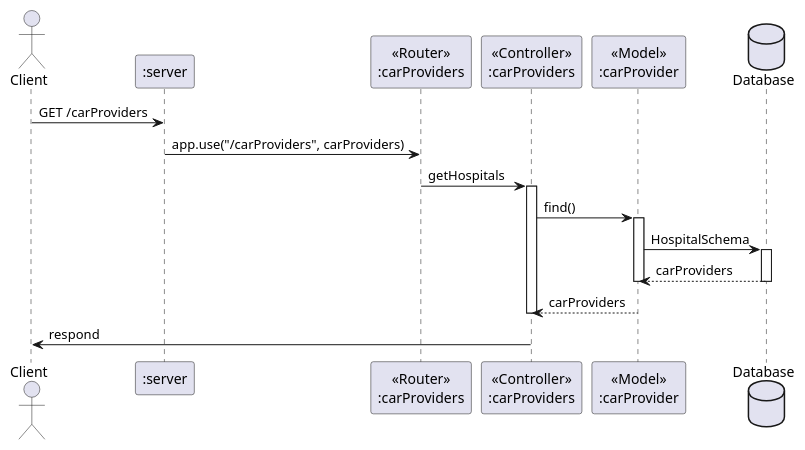
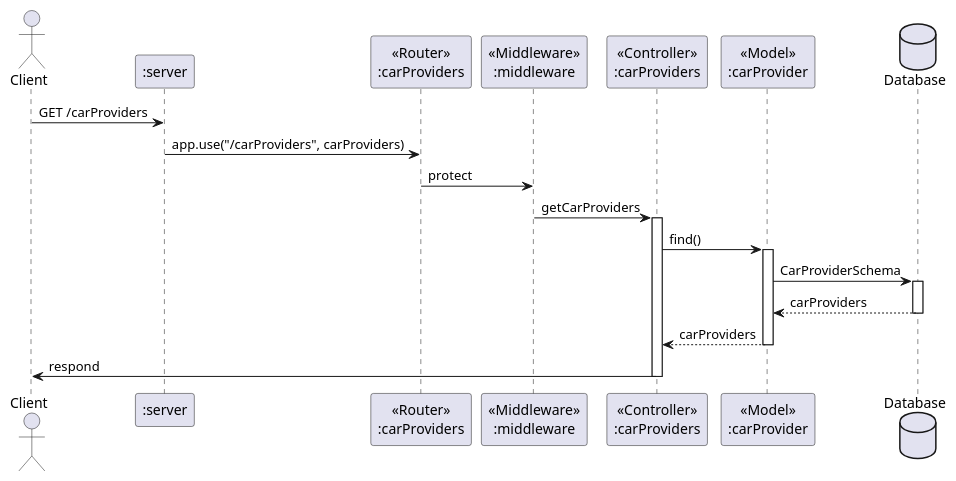
One commit to cchaiyatad/RenC changed the diagram in docs/sequence_diagram/carProviders/get_all.pu. Above: the diagram before and after it, drawn with PlantUML. The commit also changed 14 other files, not shown here.

```diff
--- a/docs/sequence_diagram/carProviders/get_all.pu
+++ b/docs/sequence_diagram/carProviders/get_all.pu
@@ -1,25 +1,27 @@
 @startuml GET /carProviders
 actor       Client       as client
 participant ":server" as server 
 participant "<<Router>>\n:carProviders" as carProviders_router 
+participant "<<Middleware>>\n:middleware" as middleware 
 participant "<<Controller>>\n:carProviders" as carProviders_con 
 participant "<<Model>>\n:carProvider" as carProviders_model 
 database Database as db
 
 client -> server : GET /carProviders
 
 server -> carProviders_router : app.use("/carProviders", carProviders)
-carProviders_router -> carProviders_con : getHospitals
+carProviders_router -> middleware : protect 
+middleware -> carProviders_con : getCarProviders
 activate carProviders_con
     carProviders_con -> carProviders_model : find()
     activate carProviders_model
-    carProviders_model -> db : HospitalSchema
+    carProviders_model -> db : CarProviderSchema
         activate db
         db --> carProviders_model : carProviders
         deactivate db
+    carProviders_model --> carProviders_con : carProviders
     deactivate carProviders_model
-    carProviders_model --> carProviders_con : carProviders
-deactivate carProviders_con
 
 carProviders_con -> client :respond
+deactivate carProviders_con
 @enduml
```
